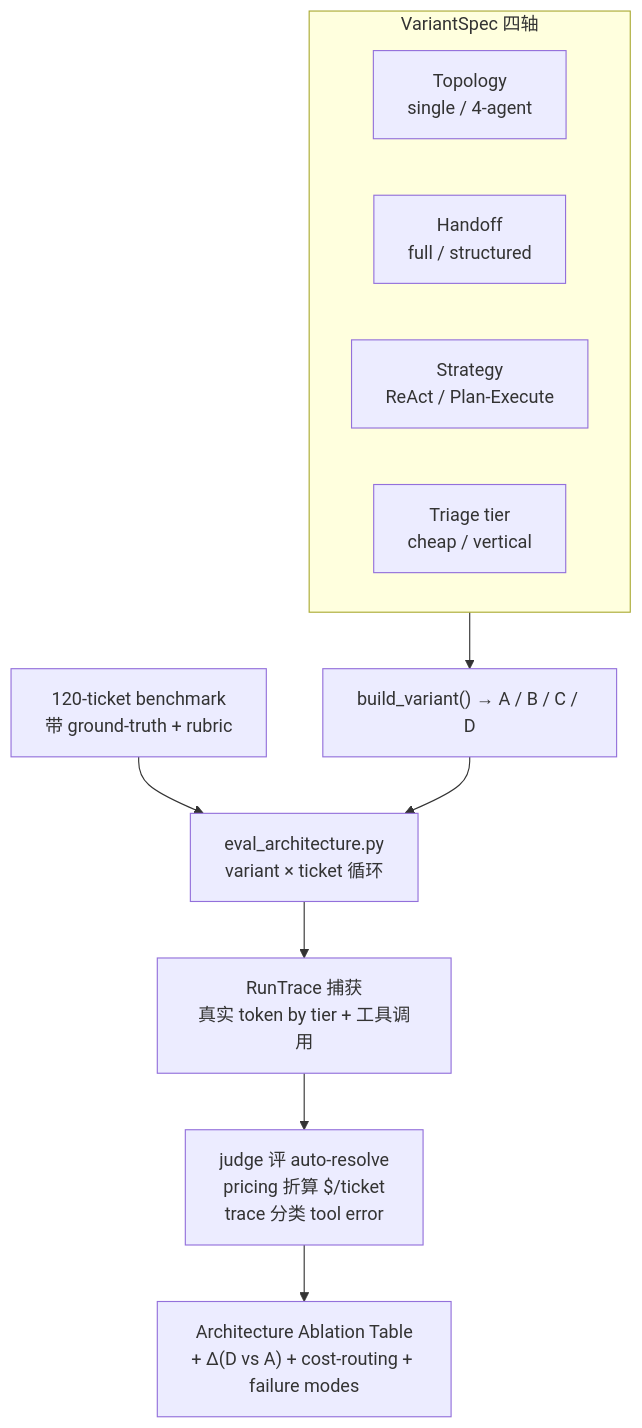
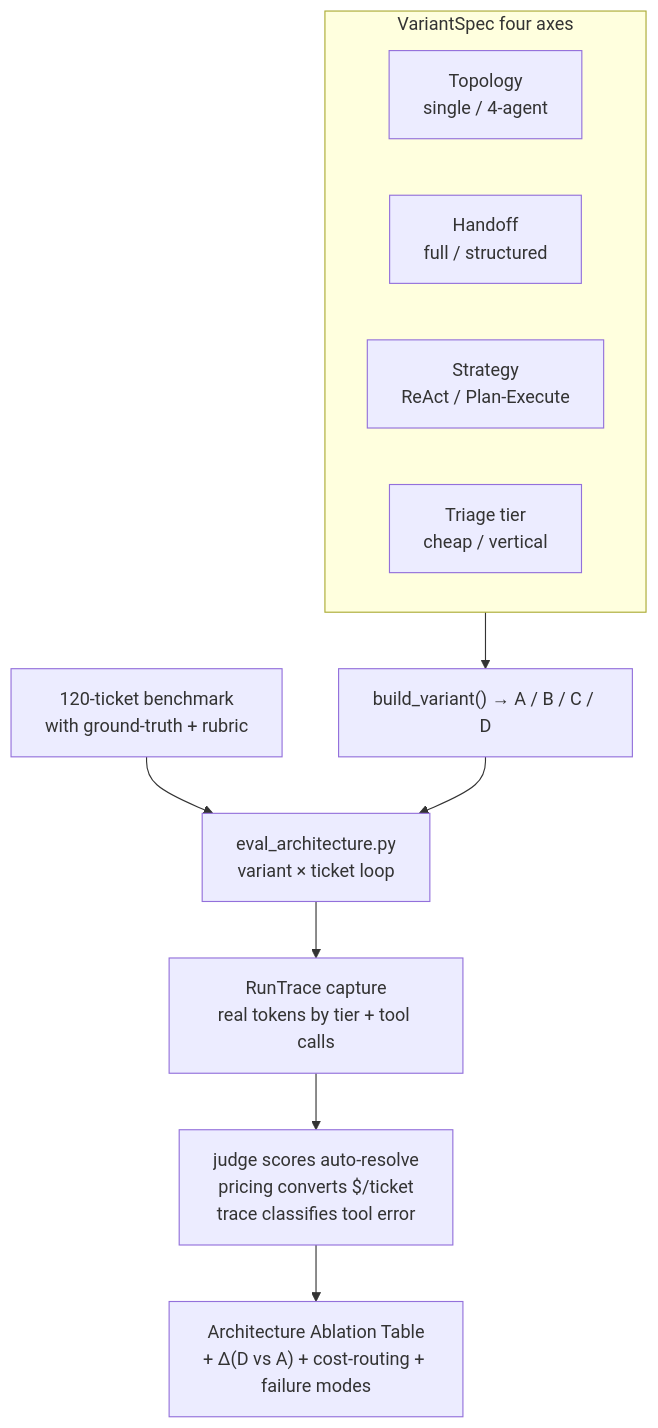
Before and after one commit to AndyUneducated/resolve-ai: the diagram in docs/milestone-7-plan.md, drawn with Mermaid. The commit also changed other lines of this file and 79 other files, not shown here.

````diff
--- a/docs/milestone-7-plan.md
+++ b/docs/milestone-7-plan.md
@@ -27,15 +27,15 @@
 ```mermaid
 flowchart TD
-  subgraph axes["VariantSpec 四轴"]
+  subgraph axes["VariantSpec four axes"]
     a1["Topology<br/>single / 4-agent"]
     a2["Handoff<br/>full / structured"]
     a3["Strategy<br/>ReAct / Plan-Execute"]
     a4["Triage tier<br/>cheap / vertical"]
   end
   axes --> build["build_variant() → A / B / C / D"]
-  bench["120-ticket benchmark<br/>带 ground-truth + rubric"] --> run
-  build --> run["eval_architecture.py<br/>variant × ticket 循环"]
-  run --> trace["RunTrace 捕获<br/>真实 token by tier + 工具调用"]
-  trace --> judge["judge 评 auto-resolve<br/>pricing 折算 $/ticket<br/>trace 分类 tool error"]
+  bench["120-ticket benchmark<br/>with ground-truth + rubric"] --> run
+  build --> run["eval_architecture.py<br/>variant × ticket loop"]
+  run --> trace["RunTrace capture<br/>real tokens by tier + tool calls"]
+  trace --> judge["judge scores auto-resolve<br/>pricing converts $/ticket<br/>trace classifies tool error"]
   judge --> tbl["Architecture Ablation Table<br/>+ Δ(D vs A) + cost-routing + failure modes"]
 ```
````
